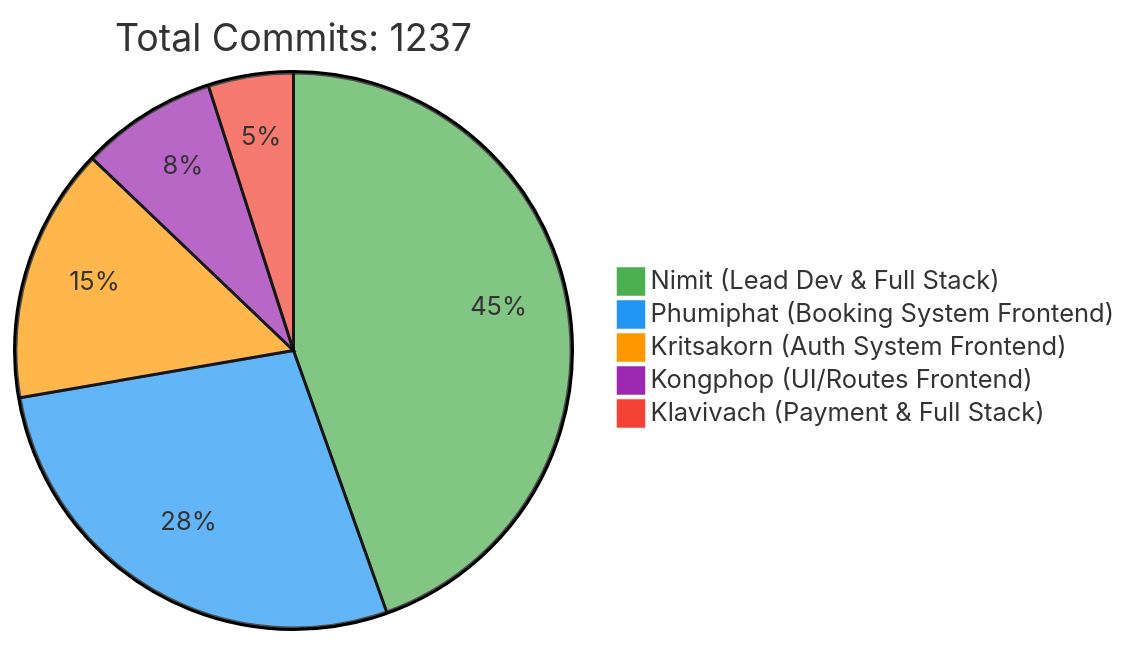
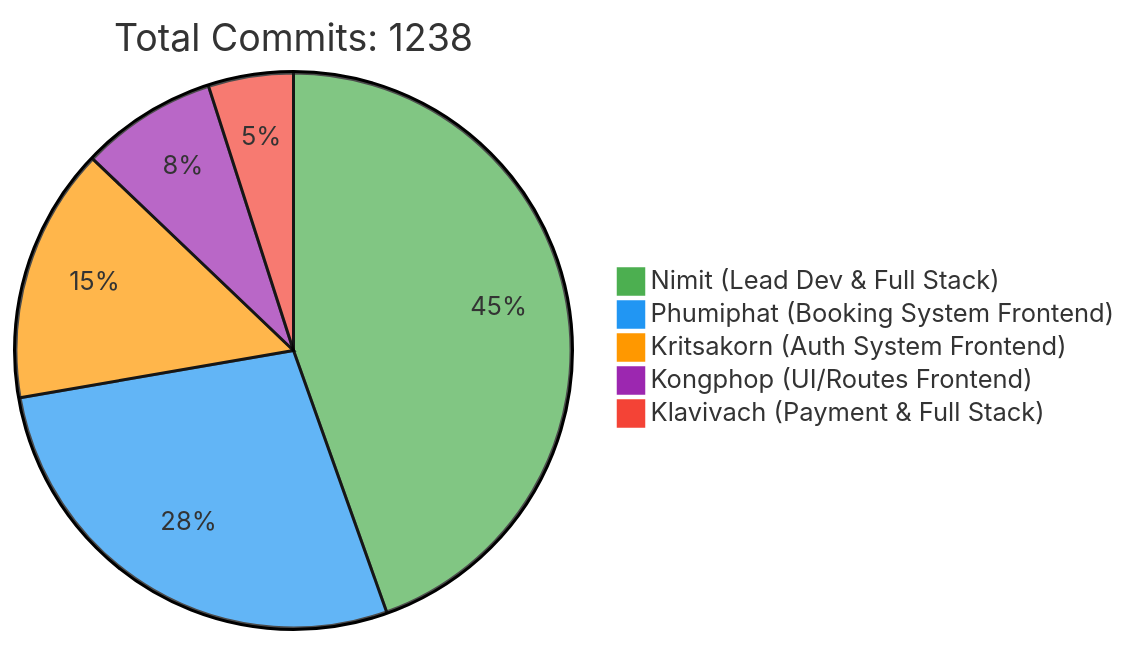
One commit to 6531503042/Sport-Complex changed the first of 2 diagrams in README.md. Above: the diagram before and after it, drawn with Mermaid. The commit also changed other lines of this file, not shown here.

Commit message:
docs: Update contributor statistics [skip ci]

````diff
--- a/README.md
+++ b/README.md
@@ -257,10 +257,10 @@
 ```mermaid
 %%{init: {'theme': 'base', 'themeVariables': { 'pie1': '#4CAF50', 'pie2': '#2196F3', 'pie3': '#FF9800', 'pie4': '#9C27B0', 'pie5': '#F44336'}}}%%
 pie
-    title Total Commits: 1237
+    title Total Commits: 1238
     "Nimit (Lead Dev & Full Stack)" : 450
     "Phumiphat (Booking System Frontend)" : 280
     "Kritsakorn (Auth System Frontend)" : 150
     "Kongphop (UI/Routes Frontend)" : 80
     "Klavivach (Payment & Full Stack)" : 50
 ```
````
